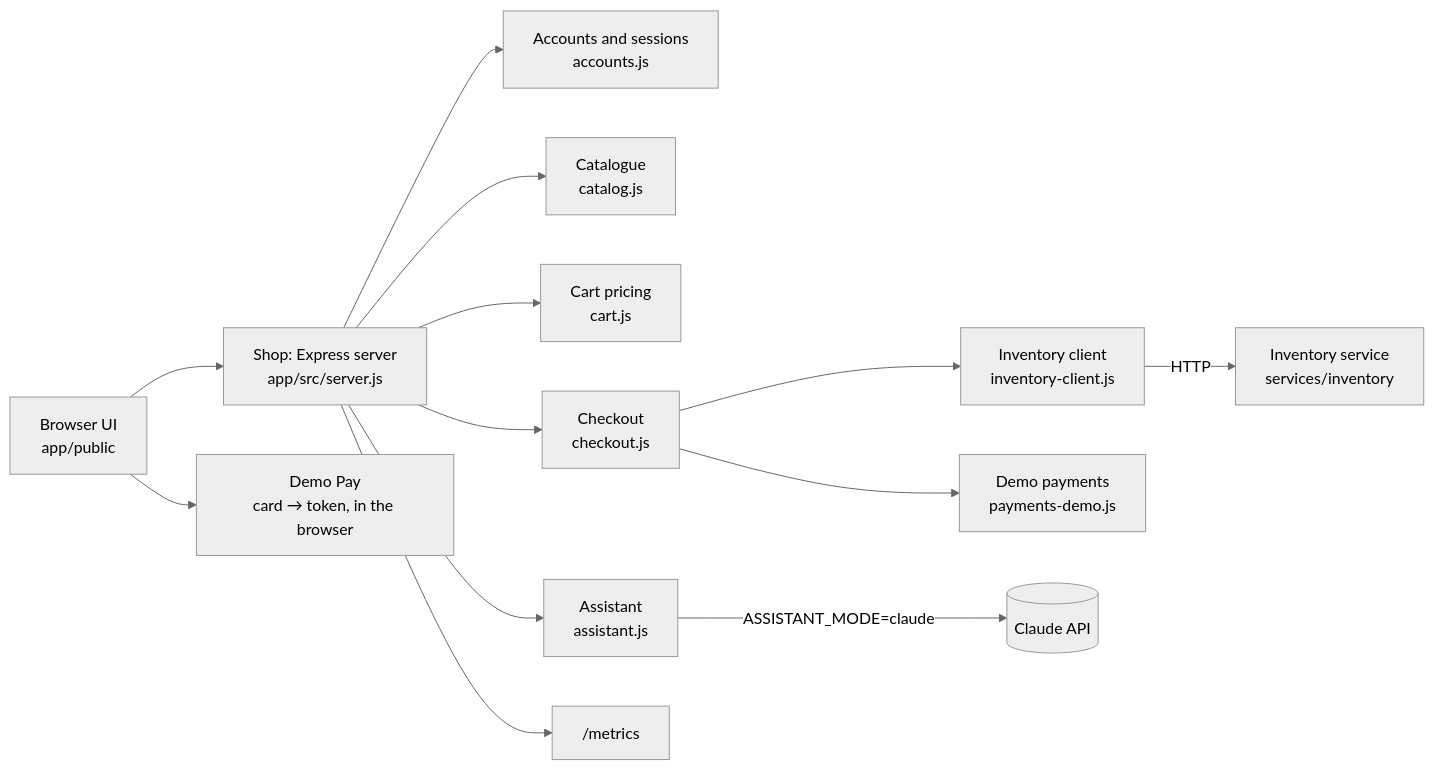
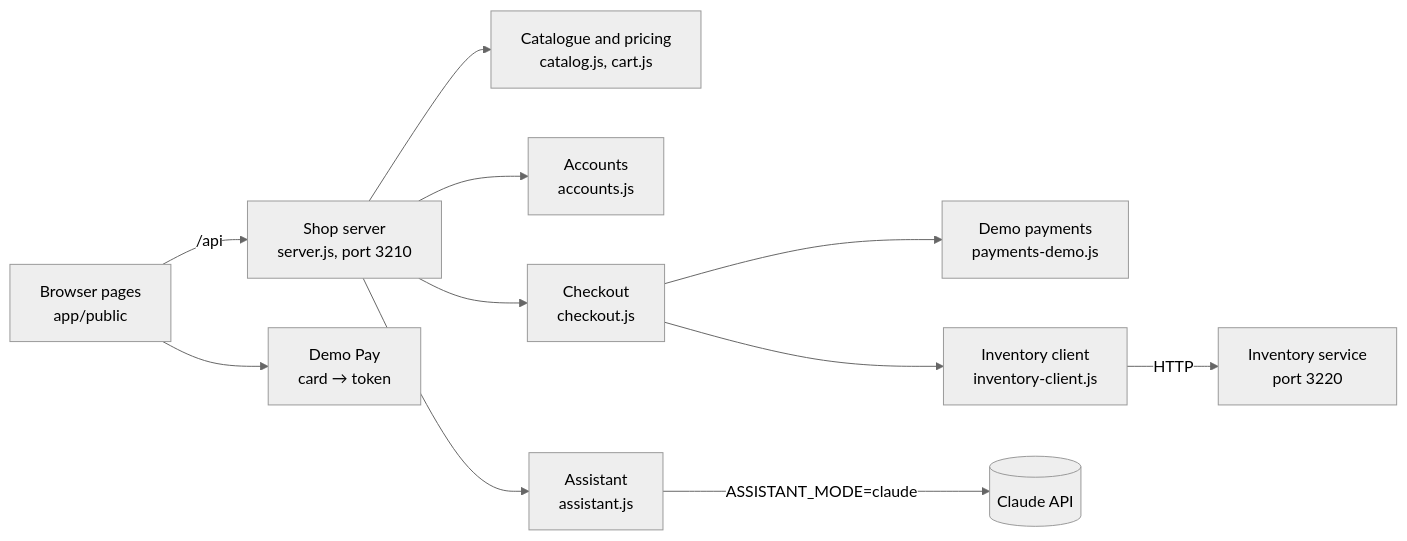
The diagram in docs/reference/demo-app.md (moatazeldebsy/qa-ai-era-workshop), drawn with Mermaid (neutral theme) before and after one commit. The commit also changed 1 other file, not shown here.

Commit message:
docs: untangle the study-loop and demo-app diagrams
- Study loop: the dotted arrow from step 6 back to step 1 pushed the
  first and last boxes out of line; the loop is now a final "Next topic:
  back to 1" step, so the row is straight.
- Demo app: the server fanned out to seven boxes on long curves. Now
  the server points to four areas (catalogue and pricing, accounts,
  checkout, assistant), and only real calls onward are drawn, with no
  crossing lines. Demo Pay sits with the browser pages.

````diff
--- a/docs/reference/demo-app.md
+++ b/docs/reference/demo-app.md
@@ -5,15 +5,13 @@
 ```mermaid
 flowchart LR
-  B[Browser UI<br/>app/public] --> S[Shop: Express server<br/>app/src/server.js]
-  B --> DP[Demo Pay<br/>card → token, in the browser]
-  S --> AC[Accounts and sessions<br/>accounts.js]
-  S --> C[Catalogue<br/>catalog.js]
-  S --> K[Cart pricing<br/>cart.js]
-  S --> CO[Checkout<br/>checkout.js]
-  CO --> IC[Inventory client<br/>inventory-client.js]
-  IC -- HTTP --> INV[Inventory service<br/>services/inventory]
-  CO --> PAY[Demo payments<br/>payments-demo.js]
-  S --> A[Assistant<br/>assistant.js]
-  A -- ASSISTANT_MODE=claude --> L[(Claude API)]
-  S --> M["/metrics"]
+  UI["Browser pages<br/>app/public"] -- "/api" --> S["Shop server<br/>server.js, port 3210"]
+  S --> R["Catalogue and pricing<br/>catalog.js, cart.js"]
+  S --> AC["Accounts<br/>accounts.js"]
+  S --> CO["Checkout<br/>checkout.js"]
+  S --> A["Assistant<br/>assistant.js"]
+  CO --> PAY["Demo payments<br/>payments-demo.js"]
+  CO --> IC["Inventory client<br/>inventory-client.js"]
+  IC -- HTTP --> INV["Inventory service<br/>port 3220"]
+  A -- "ASSISTANT_MODE=claude" --> L[("Claude API")]
+  UI --> DP["Demo Pay<br/>card → token"]
 ```
````
